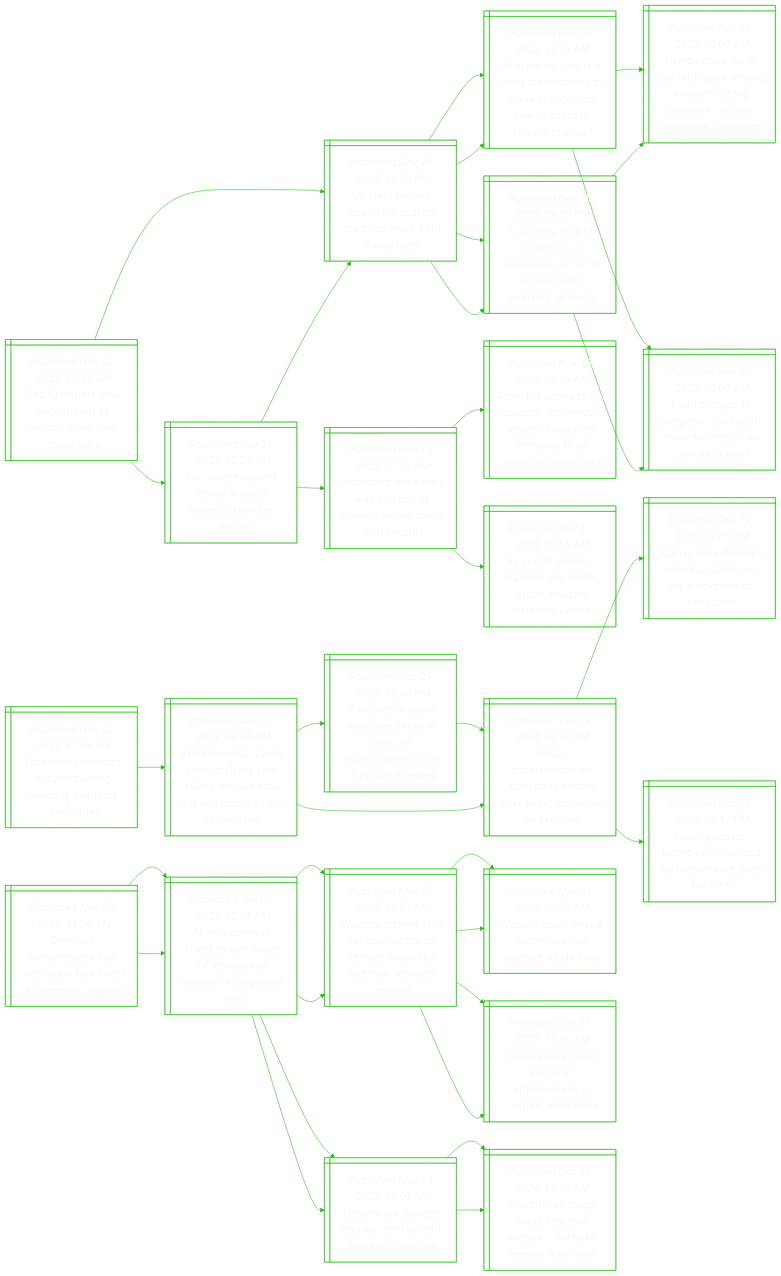
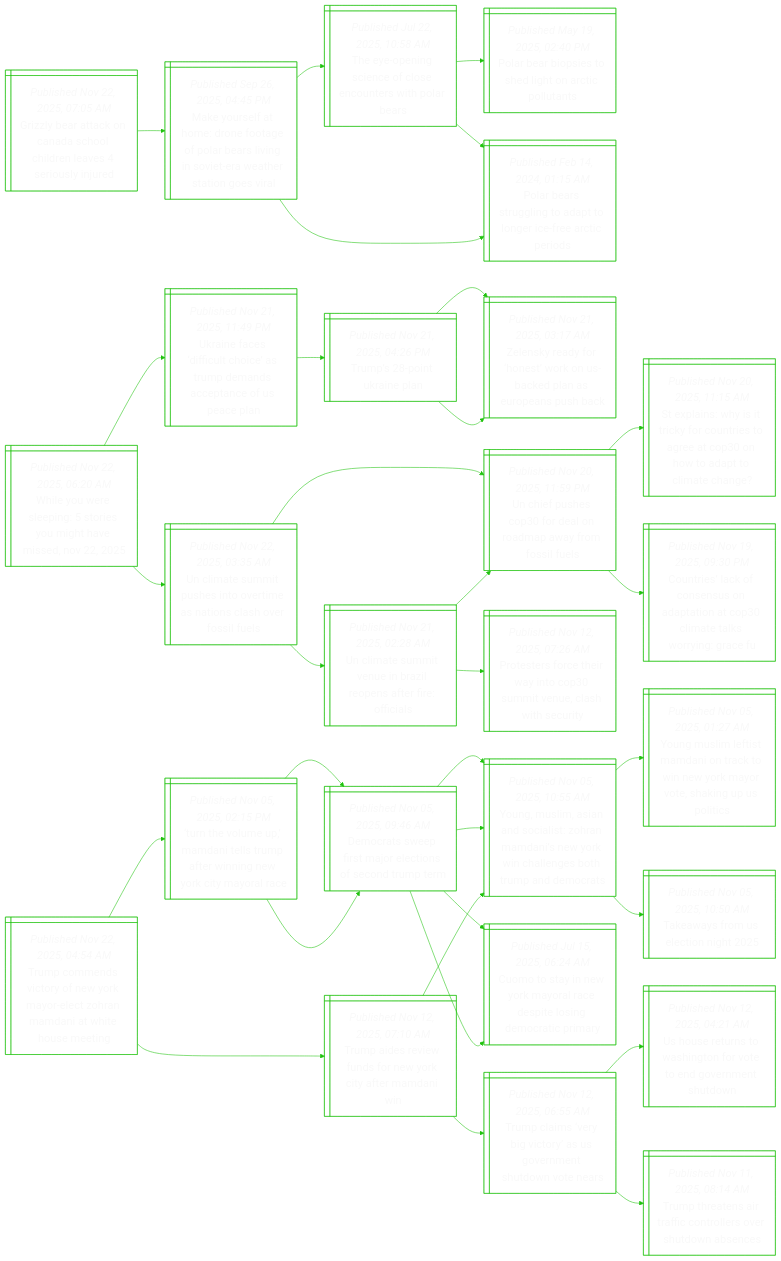
Before and after one commit to notJmes/notJmes: the diagram in README.md, drawn with Mermaid. The commit also changed other lines of this file, not shown here.

````diff
--- a/README.md
+++ b/README.md
@@ -16,112 +16,106 @@
 flowchart LR
 classDef txtsize font-size:20px;
 
-Cidnhailvsu@{ shape: win-pane, label: "_Published Nov 22, 2025, 03:35 AM_
-Cop30 climate deal under threat as nations clash over fossil fuels" }
-UehPerayfls@{ shape: win-pane, label: "_Published Nov 20, 2025, 11:59 PM_
-Un chief pushes cop30 for deal on roadmap away from fossil fuels" }
-SlWicrtteOodoaa@{ shape: win-pane, label: "_Published Nov 20, 2025, 11:15 AM_
-St explains: why is it tricky for countries to agree at cop30 on how to adapt to climate change?" }
-Uneitumooiuttioan@{ shape: win-pane, label: "_Published Aug 16, 2025, 05:00 AM_
-Using nature, multi-use structures among solutions being studied to protect singapore coastlines" }
-FlsosOeeomc@{ shape: win-pane, label: "_Published Nov 08, 2025, 05:00 AM_
-From pledges to progress: can cop30 move the needle on climate action?" }
-CracnntnPalrge@{ shape: win-pane, label: "_Published Nov 19, 2025, 09:30 PM_
-Countries’ lack of consensus on adaptation at cop30 climate talks worrying: grace fu" }
-Uneitumooiuttioan@{ shape: win-pane, label: "_Published Aug 16, 2025, 05:00 AM_
-Using nature, multi-use structures among solutions being studied to protect singapore coastlines" }
-FlsosOeeomc@{ shape: win-pane, label: "_Published Nov 08, 2025, 05:00 AM_
-From pledges to progress: can cop30 move the needle on climate action?" }
-Umuvizoaffa@{ shape: win-pane, label: "_Published Nov 21, 2025, 02:28 AM_
-Un climate summit venue in brazil reopens after fire: officials" }
-Psftwtstehsi@{ shape: win-pane, label: "_Published Nov 12, 2025, 07:26 AM_
-Protesters force their way into cop30 summit venue, clash with security" }
-FhehzdoabtddNamO@{ shape: win-pane, label: "_Published Nov 10, 2025, 09:16 AM_
-From the andes to the amazon, indigenous leaders bring their demands to un climate summit cop30" }
-AoiznBuAndse@{ shape: win-pane, label: "_Published Nov 11, 2025, 09:55 AM_
-As cop30 opens in brazilian city belem, urban amazon residents swelter" }
+Glrcasldesund@{ shape: win-pane, label: "_Published Nov 22, 2025, 07:05 AM_
+Grizzly bear attack on canada school children leaves 4 seriously injured" }
+MolooooariSteriea@{ shape: win-pane, label: "_Published Sep 26, 2025, 04:45 PM_
+Make yourself at home: drone footage of polar bears living in soviet-era weather station goes viral" }
+Teiiosorhrs@{ shape: win-pane, label: "_Published Jul 22, 2025, 10:58 AM_
+The eye-opening science of close encounters with polar bears" }
+PbiehgAcus@{ shape: win-pane, label: "_Published May 19, 2025, 02:40 PM_
+Polar bear biopsies to shed light on arctic pollutants" }
+Pbsgtpoietr@{ shape: win-pane, label: "_Published Feb 14, 2024, 01:15 AM_
+Polar bears struggling to adapt to longer ice-free arctic periods" }
+Pbsgtpoietr@{ shape: win-pane, label: "_Published Feb 14, 2024, 01:15 AM_
+Polar bears struggling to adapt to longer ice-free arctic periods" }
+
+Glrcasldesund:::txtsize --> MolooooariSteriea:::txtsize
+MolooooariSteriea:::txtsize --> Teiiosorhrs:::txtsize
+Teiiosorhrs:::txtsize --> PbiehgAcus:::txtsize
+Teiiosorhrs:::txtsize --> Pbsgtpoietr:::txtsize
+MolooooariSteriea:::txtsize --> Pbsgtpoietr:::txtsize
+
+WYresemhiN@{ shape: win-pane, label: "_Published Nov 22, 2025, 06:20 AM_
+While you were sleeping: 5 stories you might have missed, nov 22, 2025" }
+Uneftcrespepp@{ shape: win-pane, label: "_Published Nov 21, 2025, 11:49 PM_
+Ukraine faces ‘difficult choice’ as trump demands acceptance of us peace plan" }
+Tstia@{ shape: win-pane, label: "_Published Nov 21, 2025, 04:26 PM_
+Trump’s 28-point ukraine plan" }
+Zsarskbdaosb@{ shape: win-pane, label: "_Published Nov 21, 2025, 03:17 AM_
+Zelensky ready for ‘honest’ work on us-backed plan as europeans push back" }
+Zsarskbdaosb@{ shape: win-pane, label: "_Published Nov 21, 2025, 03:17 AM_
+Zelensky ready for ‘honest’ work on us-backed plan as europeans push back" }
+Umupsoinnsril@{ shape: win-pane, label: "_Published Nov 22, 2025, 03:35 AM_
+Un climate summit pushes into overtime as nations clash over fossil fuels" }
 UehPerayfls@{ shape: win-pane, label: "_Published Nov 20, 2025, 11:59 PM_
 Un chief pushes cop30 for deal on roadmap away from fossil fuels" }
 SlWicrtteOodoaa@{ shape: win-pane, label: "_Published Nov 20, 2025, 11:15 AM_
 St explains: why is it tricky for countries to agree at cop30 on how to adapt to climate change?" }
 CracnntnPalrge@{ shape: win-pane, label: "_Published Nov 19, 2025, 09:30 PM_
 Countries’ lack of consensus on adaptation at cop30 climate talks worrying: grace fu" }
+Umuvizoaffa@{ shape: win-pane, label: "_Published Nov 21, 2025, 02:28 AM_
+Un climate summit venue in brazil reopens after fire: officials" }
+Psftwtstehsi@{ shape: win-pane, label: "_Published Nov 12, 2025, 07:26 AM_
+Protesters force their way into cop30 summit venue, clash with security" }
+UehPerayfls@{ shape: win-pane, label: "_Published Nov 20, 2025, 11:59 PM_
+Un chief pushes cop30 for deal on roadmap away from fossil fuels" }
 
-Cidnhailvsu:::txtsize --> UehPerayfls:::txtsize
-UehPerayfls:::txtsize --> SlWicrtteOodoaa:::txtsize
-SlWicrtteOodoaa:::txtsize --> Uneitumooiuttioan:::txtsize
-SlWicrtteOodoaa:::txtsize --> FlsosOeeomc:::txtsize
-UehPerayfls:::txtsize --> CracnntnPalrge:::txtsize
-CracnntnPalrge:::txtsize --> Uneitumooiuttioan:::txtsize
-CracnntnPalrge:::txtsize --> FlsosOeeomc:::txtsize
-Cidnhailvsu:::txtsize --> Umuvizoaffa:::txtsize
-Umuvizoaffa:::txtsize --> Psftwtstehsi:::txtsize
-Psftwtstehsi:::txtsize --> FhehzdoabtddNamO:::txtsize
-Psftwtstehsi:::txtsize --> AoiznBuAndse:::txtsize
-Umuvizoaffa:::txtsize --> UehPerayfls:::txtsize
+WYresemhiN:::txtsize --> Uneftcrespepp:::txtsize
+Uneftcrespepp:::txtsize --> Tstia:::txtsize
+Tstia:::txtsize --> Zsarskbdaosb:::txtsize
+Tstia:::txtsize --> Zsarskbdaosb:::txtsize
+WYresemhiN:::txtsize --> Umupsoinnsril:::txtsize
+Umupsoinnsril:::txtsize --> UehPerayfls:::txtsize
 UehPerayfls:::txtsize --> SlWicrtteOodoaa:::txtsize
 UehPerayfls:::txtsize --> CracnntnPalrge:::txtsize
+Umupsoinnsril:::txtsize --> Umuvizoaffa:::txtsize
+Umuvizoaffa:::txtsize --> Psftwtstehsi:::txtsize
+Umuvizoaffa:::txtsize --> UehPerayfls:::txtsize
 
-Fevdblgclcfr@{ shape: win-pane, label: "_Published Nov 22, 2025, 01:39 AM_
-Four men convicted of cyberbullying french dj olympics performer" }
-Fhnsryfagaatoml@{ shape: win-pane, label: "_Published Jan 14, 2025, 08:55 PM_
-Frenchwoman faces cyber bullying after falling for fake brad pitt and losing $1.2m to  help him" }
-wiiekatrtcore@{ shape: win-pane, label: "_Published Sep 25, 2024, 02:40 PM_
-2 women in spain lose over $466k in brad pitt impersonation scam, 5 people arrested" }
-Innoiscfecdte@{ shape: win-pane, label: "_Published Feb 24, 2024, 03:10 PM_
-Indian businesswoman kidnaps tv anchor after being scammed by catfisher" }
-Innoiscfecdte@{ shape: win-pane, label: "_Published Feb 24, 2024, 03:10 PM_
-Indian businesswoman kidnaps tv anchor after being scammed by catfisher" }
-MIdarlihiaei@{ shape: win-pane, label: "_Published Feb 19, 2024, 01:05 PM_
-Man in india displays personal details on his e-rickshaw to seek bride" }
-Insupiashodo@{ shape: win-pane, label: "_Published Apr 16, 2023, 03:47 PM_
-Indian gangster-turned-politician and his brother shot dead live on tv" }
+TcncoYaloMnhoeg@{ shape: win-pane, label: "_Published Nov 22, 2025, 04:54 AM_
+Trump commends victory of new york mayor-elect zohran mamdani at white house meeting" }
+ThuMnlmenekmae@{ shape: win-pane, label: "_Published Nov 05, 2025, 02:15 PM_
+‘turn the volume up,’ mamdani tells trump after winning new york city mayoral race" }
+Drwialosdp@{ shape: win-pane, label: "_Published Nov 05, 2025, 09:46 AM_
+Democrats sweep first major elections of second trump term" }
+YMmnoihaiYilehpea@{ shape: win-pane, label: "_Published Nov 05, 2025, 10:55 AM_
+Young, muslim, asian and socialist: zohran mamdani’s new york win challenges both trump and democrats" }
+Ctywmaeiseary@{ shape: win-pane, label: "_Published Jul 15, 2025, 06:24 AM_
+Cuomo to stay in new york mayoral race despite losing democratic primary" }
+Drwialosdp@{ shape: win-pane, label: "_Published Nov 05, 2025, 09:46 AM_
+Democrats sweep first major elections of second trump term" }
+YMmnoihaiYilehpea@{ shape: win-pane, label: "_Published Nov 05, 2025, 10:55 AM_
+Young, muslim, asian and socialist: zohran mamdani’s new york win challenges both trump and democrats" }
+Ctywmaeiseary@{ shape: win-pane, label: "_Published Jul 15, 2025, 06:24 AM_
+Cuomo to stay in new york mayoral race despite losing democratic primary" }
+TarwsekaMn@{ shape: win-pane, label: "_Published Nov 12, 2025, 07:10 AM_
+Trump aides review funds for new york city after mamdani win" }
+YMmnoihaiYilehpea@{ shape: win-pane, label: "_Published Nov 05, 2025, 10:55 AM_
+Young, muslim, asian and socialist: zohran mamdani’s new york win challenges both trump and democrats" }
+YMmimociYaoauoc@{ shape: win-pane, label: "_Published Nov 05, 2025, 01:27 AM_
+Young muslim leftist mamdani on track to win new york mayor vote, shaking up us politics" }
+Twreig@{ shape: win-pane, label: "_Published Nov 05, 2025, 10:50 AM_
+Takeaways from us election night 2025" }
+Tcsbcaomhwes@{ shape: win-pane, label: "_Published Nov 12, 2025, 06:55 AM_
+Trump claims ‘very big victory’ as us government shutdown vote nears" }
+Usuoinoeveun@{ shape: win-pane, label: "_Published Nov 12, 2025, 04:21 AM_
+Us house returns to washington for vote to end government shutdown" }
+Tttifolohwe@{ shape: win-pane, label: "_Published Nov 11, 2025, 08:14 AM_
+Trump threatens air traffic controllers over shutdown absences" }
 
-Fevdblgclcfr:::txtsize --> Fhnsryfagaatoml:::txtsize
-Fhnsryfagaatoml:::txtsize --> wiiekatrtcore:::txtsize
-wiiekatrtcore:::txtsize --> Innoiscfecdte:::txtsize
-Fhnsryfagaatoml:::txtsize --> Innoiscfecdte:::txtsize
-Innoiscfecdte:::txtsize --> MIdarlihiaei:::txtsize
-Innoiscfecdte:::txtsize --> Insupiashodo:::txtsize
-
-Drpturosezcv@{ shape: win-pane, label: "_Published Nov 22, 2025, 01:28 AM_
-Denmark compensates four over vision loss linked to ozempic, wegovy" }
-NOikrafoerUls@{ shape: win-pane, label: "_Published Jun 08, 2025, 12:05 PM_
-Novo’s ozempic linked to rare cases of serious eye disorder, eu regulator says" }
-WthiokcbysOiha@{ shape: win-pane, label: "_Published May 07, 2025, 09:51 AM_
-Weightwatchers files for bankruptcy as obesity drugs like ozempic reshape market" }
-Wydtgsraun@{ shape: win-pane, label: "_Published May 01, 2025, 09:00 AM_
-Wegovy could treat a dangerous liver disease, study finds" }
-Otgytfisugcs@{ shape: win-pane, label: "_Published Jan 21, 2025, 11:35 AM_
-Obesity drug study points to effectiveness in curbing addictions" }
-Otdswdaegk@{ shape: win-pane, label: "_Published May 03, 2025, 05:00 AM_
-Obesity is a disease and we need to start treating it like one" }
-WtdchnsukaO@{ shape: win-pane, label: "_Published Dec 19, 2024, 12:05 AM_
-Weight-loss drugs could help end obesity – but risks remain, who says" }
-NOikrafoerUls@{ shape: win-pane, label: "_Published Jun 08, 2025, 12:05 PM_
-Novo’s ozempic linked to rare cases of serious eye disorder, eu regulator says" }
-WthiokcbysOiha@{ shape: win-pane, label: "_Published May 07, 2025, 09:51 AM_
-Weightwatchers files for bankruptcy as obesity drugs like ozempic reshape market" }
-Wydtgsraun@{ shape: win-pane, label: "_Published May 01, 2025, 09:00 AM_
-Wegovy could treat a dangerous liver disease, study finds" }
-Otgytfisugcs@{ shape: win-pane, label: "_Published Jan 21, 2025, 11:35 AM_
-Obesity drug study points to effectiveness in curbing addictions" }
-Otdswdaegk@{ shape: win-pane, label: "_Published May 03, 2025, 05:00 AM_
-Obesity is a disease and we need to start treating it like one" }
-WtdchnsukaO@{ shape: win-pane, label: "_Published Dec 19, 2024, 12:05 AM_
-Weight-loss drugs could help end obesity – but risks remain, who says" }
-
-Drpturosezcv:::txtsize --> NOikrafoerUls:::txtsize
-NOikrafoerUls:::txtsize --> WthiokcbysOiha:::txtsize
-WthiokcbysOiha:::txtsize --> Wydtgsraun:::txtsize
-WthiokcbysOiha:::txtsize --> Otgytfisugcs:::txtsize
-NOikrafoerUls:::txtsize --> Otdswdaegk:::txtsize
-Otdswdaegk:::txtsize --> WtdchnsukaO:::txtsize
-Drpturosezcv:::txtsize --> NOikrafoerUls:::txtsize
-NOikrafoerUls:::txtsize --> WthiokcbysOiha:::txtsize
-WthiokcbysOiha:::txtsize --> Wydtgsraun:::txtsize
-WthiokcbysOiha:::txtsize --> Otgytfisugcs:::txtsize
-NOikrafoerUls:::txtsize --> Otdswdaegk:::txtsize
-Otdswdaegk:::txtsize --> WtdchnsukaO:::txtsize
+TcncoYaloMnhoeg:::txtsize --> ThuMnlmenekmae:::txtsize
+ThuMnlmenekmae:::txtsize --> Drwialosdp:::txtsize
+Drwialosdp:::txtsize --> YMmnoihaiYilehpea:::txtsize
+Drwialosdp:::txtsize --> Ctywmaeiseary:::txtsize
+ThuMnlmenekmae:::txtsize --> Drwialosdp:::txtsize
+Drwialosdp:::txtsize --> YMmnoihaiYilehpea:::txtsize
+Drwialosdp:::txtsize --> Ctywmaeiseary:::txtsize
+TcncoYaloMnhoeg:::txtsize --> TarwsekaMn:::txtsize
+TarwsekaMn:::txtsize --> YMmnoihaiYilehpea:::txtsize
+YMmnoihaiYilehpea:::txtsize --> YMmimociYaoauoc:::txtsize
+YMmnoihaiYilehpea:::txtsize --> Twreig:::txtsize
+TarwsekaMn:::txtsize --> Tcsbcaomhwes:::txtsize
+Tcsbcaomhwes:::txtsize --> Usuoinoeveun:::txtsize
+Tcsbcaomhwes:::txtsize --> Tttifolohwe:::txtsize
 
 ```
````
